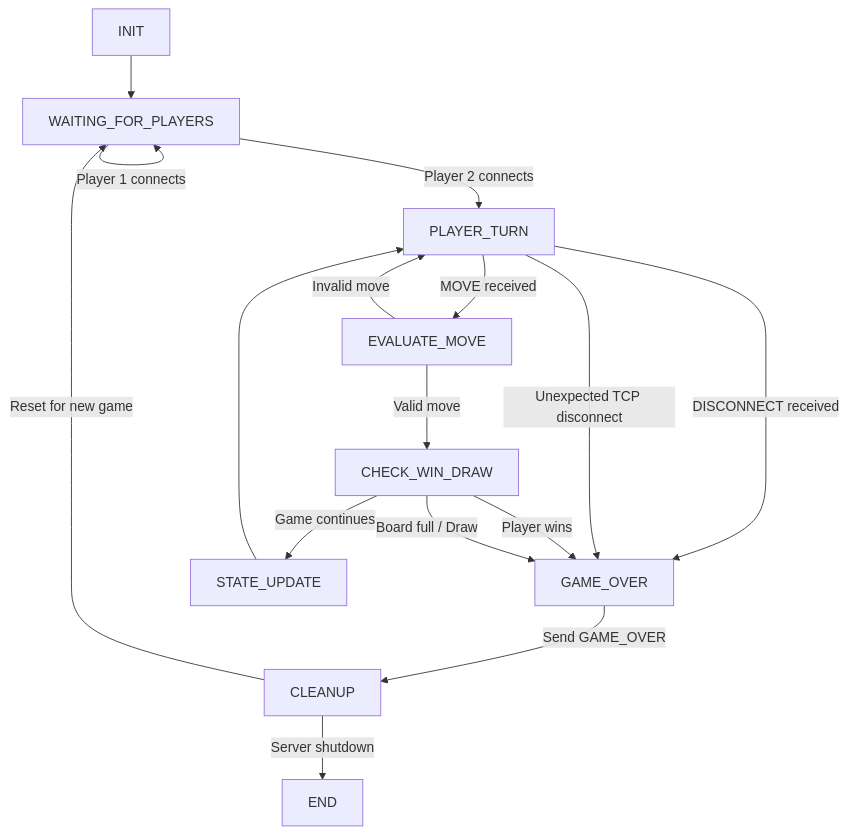
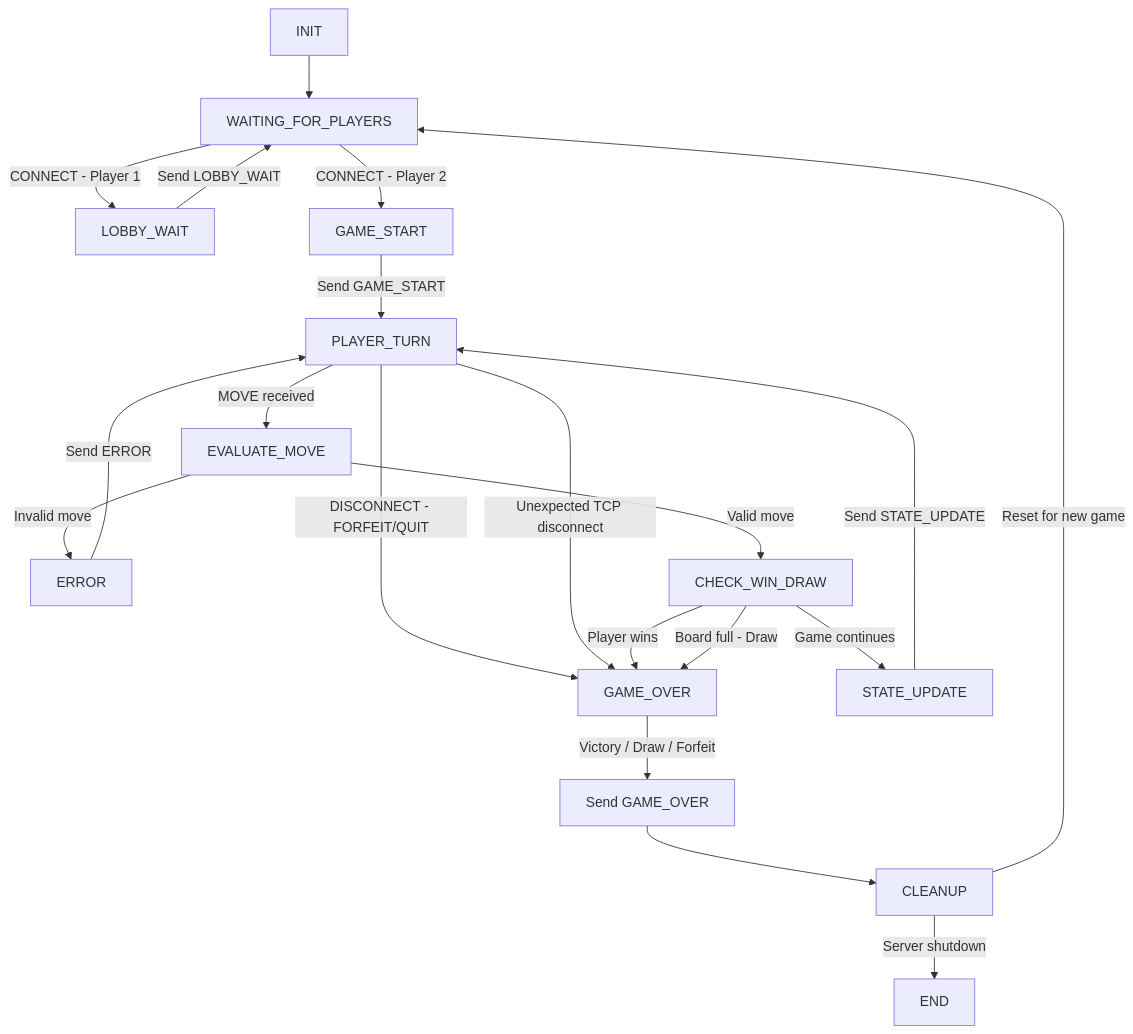
Before and after one commit to ScottHendren5076/ScottHendren-CS457: the diagram in fsm_specification.md, drawn with Mermaid.

````diff
--- a/fsm_specification.md
+++ b/fsm_specification.md
@@ -1,25 +1,22 @@
 ```mermaid
-flowchart TD
-    A[INIT] --> B[WAITING_FOR_PLAYERS]
-
-    B -->|Player 1 connects| B
-    B -->|Player 2 connects| C[PLAYER_TURN]
-
-    C -->|MOVE received| D[EVALUATE_MOVE]
-    C -->|DISCONNECT received| G[GAME_OVER]
-    C -->|Unexpected TCP disconnect| G
-
-    D -->|Invalid move| C
-    D -->|Valid move| E[CHECK_WIN_DRAW]
-
-    E -->|Player wins| G
-    E -->|Board full / Draw| G
-    E -->|Game continues| F[STATE_UPDATE]
-
-    F --> C
-
-    G -->|Send GAME_OVER| H[CLEANUP]
-
-    H -->|Reset for new game| B
-    H -->|Server shutdown| I[END]
+flowchart TD 
+A["INIT"] --> B["WAITING_FOR_PLAYERS"] 
+B -->|CONNECT - Player 1| C["LOBBY_WAIT"] 
+C -->|Send LOBBY_WAIT| B 
+B -->|CONNECT - Player 2| D["GAME_START"] 
+D -->|Send GAME_START| E["PLAYER_TURN"] 
+E -->|MOVE received| F["EVALUATE_MOVE"] 
+E -->|DISCONNECT - FORFEIT/QUIT| G["GAME_OVER"] 
+E -->|Unexpected TCP disconnect|G 
+F -->|Invalid move| H["ERROR"] 
+H -->|Send ERROR| E 
+F -->|Valid move| I["CHECK_WIN_DRAW"] 
+I -->|Player wins| G 
+I -->|Board full - Draw| G 
+I -->|Game continues| J["STATE_UPDATE"] 
+J -->|Send STATE_UPDATE| E 
+G -->|Victory / Draw / Forfeit| K["Send GAME_OVER"] 
+K --> L["CLEANUP"] 
+L -->|Reset for new game| B 
+L -->|Server shutdown| M["END"]
 ```
````
